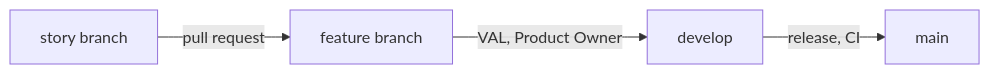
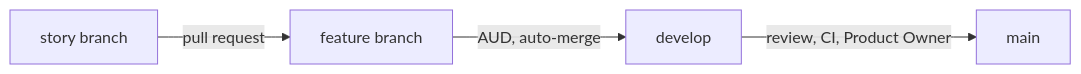
Before and after one commit to AlexandreGallais/synoptic-studio: the diagram in docs/backlog/README.md, drawn with Mermaid. The commit also changed other lines of this file and 7 other files, not shown here.

````diff
--- a/docs/backlog/README.md
+++ b/docs/backlog/README.md
@@ -105,6 +103,6 @@
 ```mermaid
 flowchart LR
   S[story branch] -->|pull request| F[feature branch]
-  F -->|VAL, Product Owner| D[develop]
-  D -->|release, CI| M[main]
+  F -->|AUD, auto-merge| D[develop]
+  D -->|review, CI, Product Owner| M[main]
 ```
````
